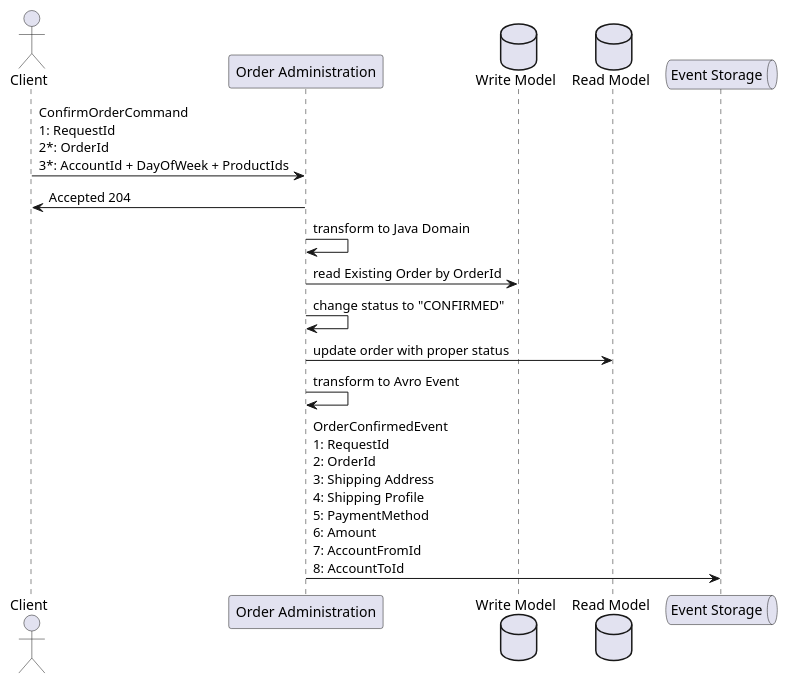
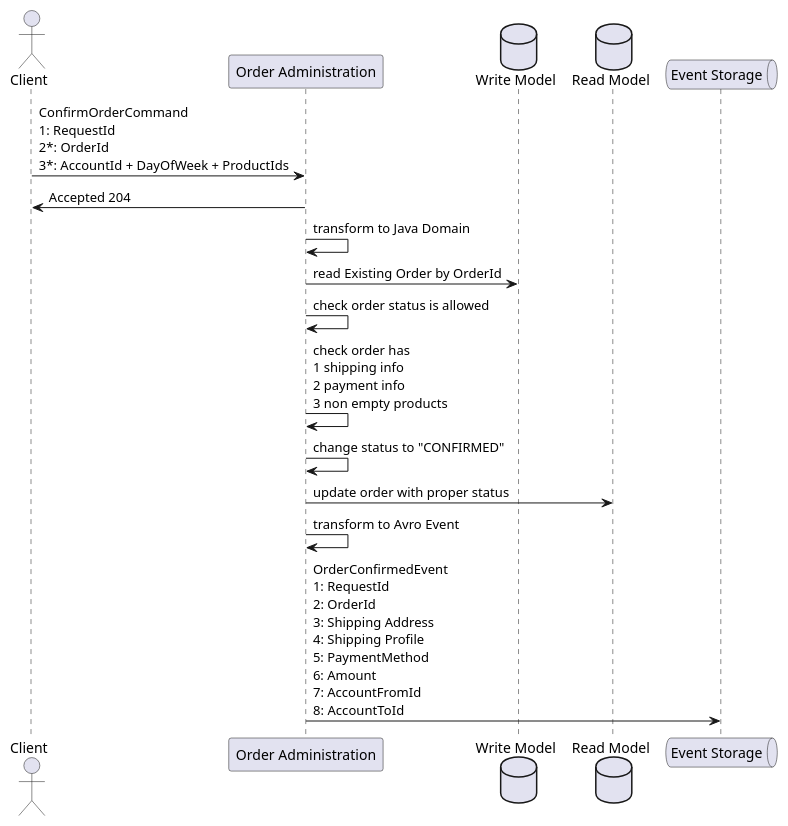
One commit to sokimaaa/order-administration changed the diagram in 1-diagram/command/confirm-order-sequence.puml. Above: the diagram before and after it, drawn with PlantUML. The commit also changed 11 other files, not shown here.

```diff
--- a/1-diagram/command/confirm-order-sequence.puml
+++ b/1-diagram/command/confirm-order-sequence.puml
@@ -1,21 +1,23 @@
 @startuml
 'https://plantuml.com/sequence-diagram
 
 actor Client as C
 participant "Order Administration" as OA
 database "Write Model" as WM
 database "Read Model" as RM
 queue "Event Storage" as ESG
 
 C -> OA: ConfirmOrderCommand\n1: RequestId\n2*: OrderId\n3*: AccountId + DayOfWeek + ProductIds
 OA -> C: Accepted 204
 OA -> OA: transform to Java Domain
 
 OA -> WM: read Existing Order by OrderId
+OA -> OA: check order status is allowed
+OA -> OA: check order has\n1 shipping info\n2 payment info\n3 non empty products
 OA -> OA: change status to "CONFIRMED"
 OA -> RM: update order with proper status
 
 OA -> OA: transform to Avro Event
 OA -> ESG: OrderConfirmedEvent\n1: RequestId\n2: OrderId\n3: Shipping Address\n4: Shipping Profile\n5: PaymentMethod\n6: Amount\n7: AccountFromId\n8: AccountToId
 
 @enduml
```
